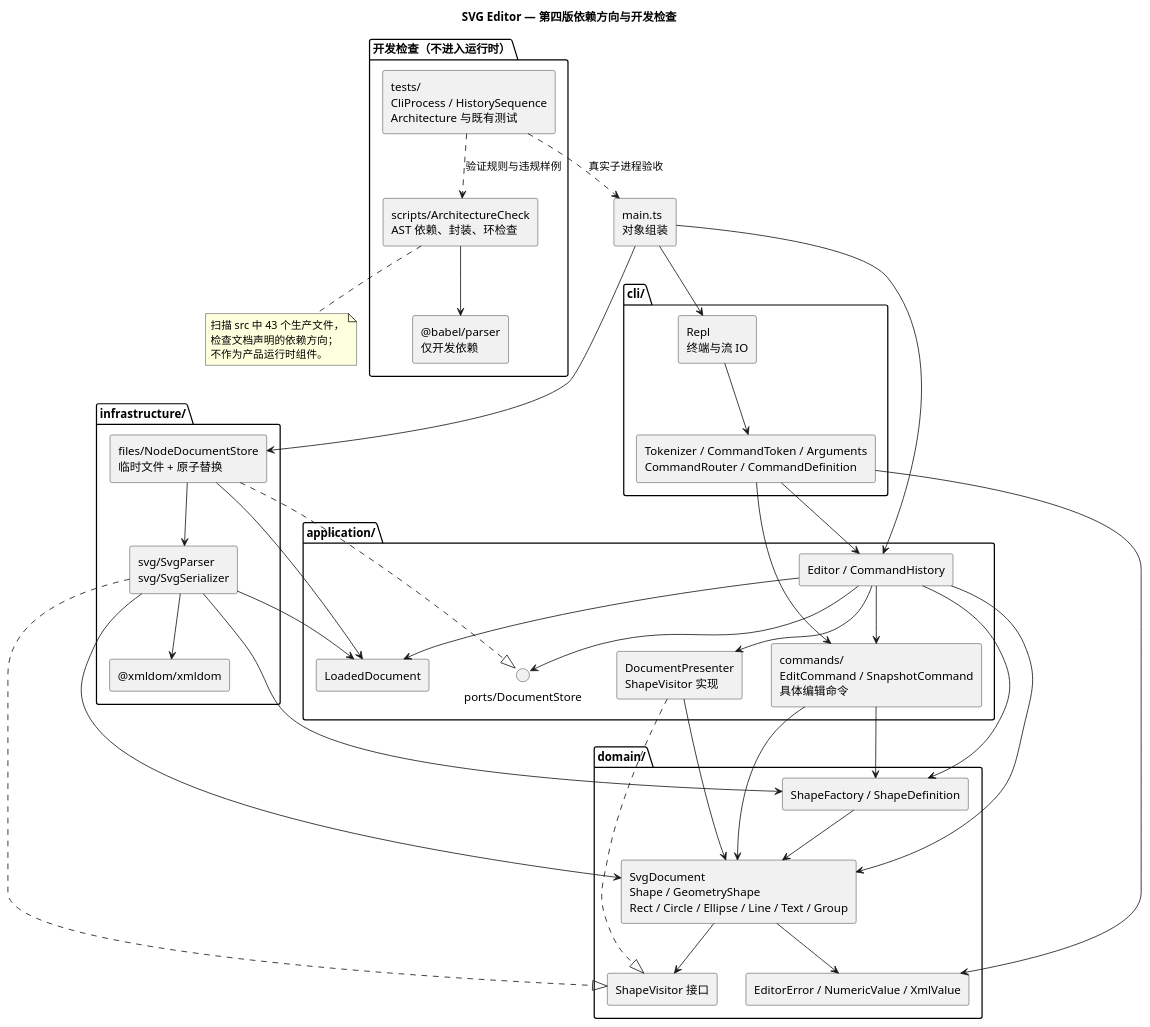
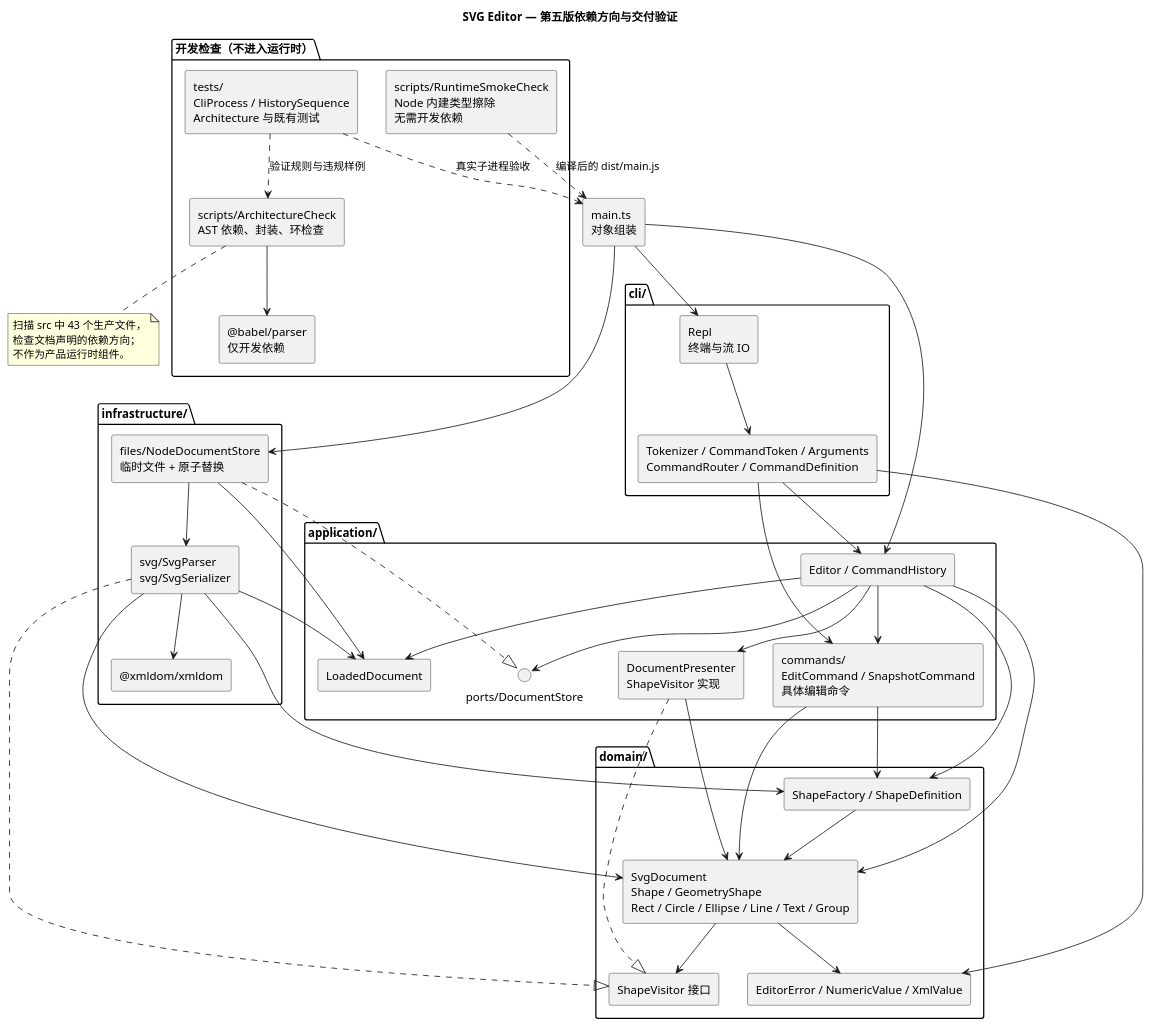
Before and after one commit to zjsu957/phase_cli: the diagram in doc/architecture.puml, drawn with PlantUML. The commit also changed 12 other files, not shown here.

```diff
--- a/doc/architecture.puml
+++ b/doc/architecture.puml
@@ -1,68 +1,70 @@
 @startuml
-title SVG Editor — 第四版依赖方向与开发检查
+title SVG Editor — 第五版依赖方向与交付验证
 skinparam componentStyle rectangle
 component "main.ts\n对象组装" as Main
 package "cli/" {
   component "Repl\n终端与流 IO" as Repl
   component "Tokenizer / CommandToken / Arguments\nCommandRouter / CommandDefinition" as Cli
 }
 package "application/" {
   component "Editor / CommandHistory" as App
   component "commands/\nEditCommand / SnapshotCommand\n具体编辑命令" as Commands
   component "DocumentPresenter\nShapeVisitor 实现" as Presenter
   interface "ports/DocumentStore" as Store
   component "LoadedDocument" as Loaded
 }
 package "domain/" {
   component "SvgDocument\nShape / GeometryShape\nRect / Circle / Ellipse / Line / Text / Group" as Model
   component "ShapeFactory / ShapeDefinition" as Factory
   component "ShapeVisitor 接口" as Visitor
   component "EditorError / NumericValue / XmlValue" as Values
 }
 package "infrastructure/" {
   component "files/NodeDocumentStore\n临时文件 + 原子替换" as Files
   component "svg/SvgParser\nsvg/SvgSerializer" as Svg
   component "@xmldom/xmldom" as Xml
 }
 Main --> Repl
 Main --> App
 Main --> Files
 Repl --> Cli
 Cli --> App
 Cli --> Commands
 Cli --> Values
 App --> Commands
 App --> Presenter
 App --> Model
 App --> Factory
 App --> Store
 App --> Loaded
 Files ..|> Store
 Files --> Svg
 Files --> Loaded
 Svg --> Factory
 Svg --> Model
 Svg --> Loaded
 Svg --> Xml
 Svg ..|> Visitor
 Commands --> Factory
 Commands --> Model
 Presenter --> Model
 Presenter ..|> Visitor
 Factory --> Model
 Model --> Visitor
 Model --> Values
 package "开发检查（不进入运行时）" {
   component "scripts/ArchitectureCheck\nAST 依赖、封装、环检查" as Guard
   component "@babel/parser\n仅开发依赖" as Babel
   component "tests/\nCliProcess / HistorySequence\nArchitecture 与既有测试" as Tests
+  component "scripts/RuntimeSmokeCheck\nNode 内建类型擦除\n无需开发依赖" as Smoke
 }
 Guard --> Babel
 Tests ..> Guard : 验证规则与违规样例
 Tests ..> Main : 真实子进程验收
+Smoke ..> Main : 编译后的 dist/main.js
 note bottom of Guard
   扫描 src 中 43 个生产文件，
   检查文档声明的依赖方向；
   不作为产品运行时组件。
 end note
 @enduml
```
